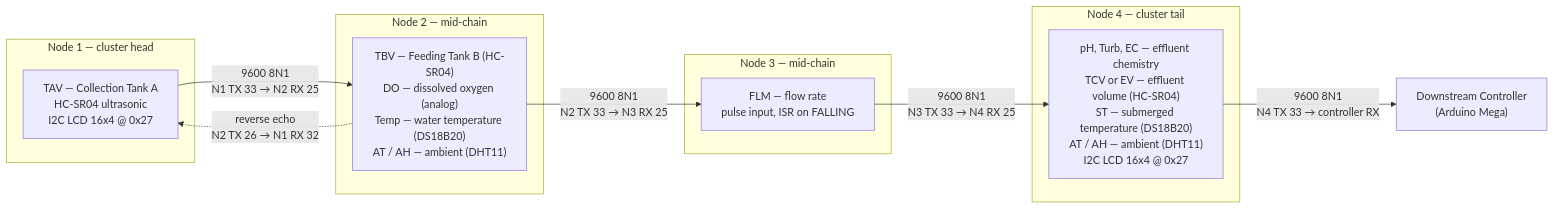
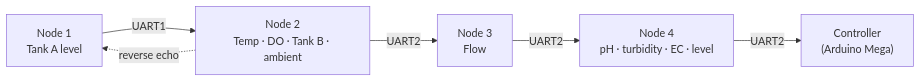
One commit to lestealthy/Cirqua-documentation changed the diagram in docs/index.md. Above: the diagram before and after it, drawn with Mermaid. The commit also changed other lines of this file and 20 other files, not shown here.

````diff
--- a/docs/index.md
+++ b/docs/index.md
@@ -76,24 +31,8 @@
 ```mermaid
 flowchart LR
-  subgraph N1G ["Node 1 — cluster head"]
-    N1["TAV — Collection Tank A<br/>HC-SR04 ultrasonic<br/>I2C LCD 16x4 @ 0x27"]
-  end
-
-  subgraph N2G ["Node 2 — mid-chain"]
-    N2["TBV — Feeding Tank B (HC-SR04)<br/>DO — dissolved oxygen (analog)<br/>Temp — water temperature (DS18B20)<br/>AT / AH — ambient (DHT11)"]
-  end
-
-  subgraph N3G ["Node 3 — mid-chain"]
-    N3["FLM — flow rate<br/>pulse input, ISR on FALLING"]
-  end
-
-  subgraph N4G ["Node 4 — cluster tail"]
-    N4["pH, Turb, EC — effluent chemistry<br/>TCV or EV — effluent volume (HC-SR04)<br/>ST — submerged temperature (DS18B20)<br/>AT / AH — ambient (DHT11)<br/>I2C LCD 16x4 @ 0x27"]
-  end
-
-  N1 -->|"9600 8N1<br/>N1 TX 33 → N2 RX 25"| N2
-  N2 -->|"9600 8N1<br/>N2 TX 33 → N3 RX 25"| N3
-  N3 -->|"9600 8N1<br/>N3 TX 33 → N4 RX 25"| N4
-  N2 -.->|"reverse echo<br/>N2 TX 26 → N1 RX 32"| N1
-  N4 -->|"9600 8N1<br/>N4 TX 33 → controller RX"| CTL["Downstream Controller<br/>(Arduino Mega)"]
+  N1["Node 1<br/>Tank A level"] -->|"UART1"| N2["Node 2<br/>Temp · DO · Tank B · ambient"]
+  N2 -->|"UART2"| N3["Node 3<br/>Flow"]
+  N3 -->|"UART2"| N4["Node 4<br/>pH · turbidity · EC · level"]
+  N4 -->|"UART2"| CTL["Controller<br/>(Arduino Mega)"]
+  N2 -.->|"reverse echo"| N1
 ```
````
